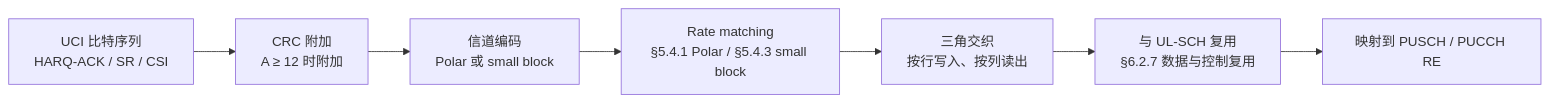
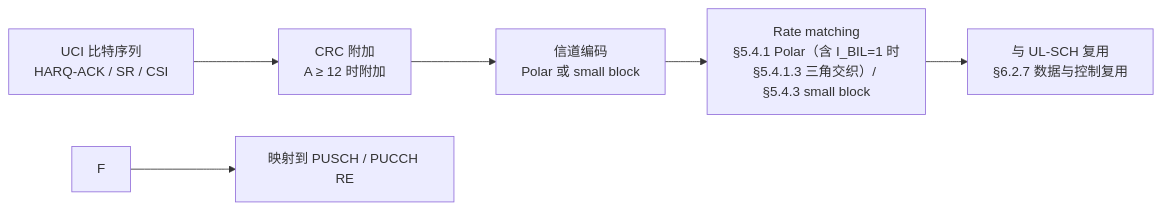
Before and after one commit to AuroraYaus/obsidian: the diagram in 3gpp/docs/L2_协议算法/T10.9_NR_UCI_interleaving_triangular.md, drawn with Mermaid. The commit also changed other lines of this file and 18 other files, not shown here.

````diff
--- a/3gpp/docs/L2_协议算法/T10.9_NR_UCI_interleaving_triangular.md
+++ b/3gpp/docs/L2_协议算法/T10.9_NR_UCI_interleaving_triangular.md
@@ -55,10 +55,9 @@
 ```mermaid
 %%{init: {'theme': 'default'}}%%
 flowchart LR
     A["UCI 比特序列<br/>HARQ-ACK / SR / CSI"] --> B["CRC 附加<br/>A ≥ 12 时附加"]
     B --> C["信道编码<br/>Polar 或 small block"]
-    C --> D["Rate matching<br/>§5.4.1 Polar / §5.4.3 small block"]
-    D --> E["三角交织<br/>按行写入、按列读出"]
-    E --> F["与 UL-SCH 复用<br/>§6.2.7 数据与控制复用"]
+    C --> D["Rate matching<br/>§5.4.1 Polar（含 I_BIL=1 时<br/>§5.4.1.3 三角交织）/ §5.4.3 small block"]
+    D --> E["与 UL-SCH 复用<br/>§6.2.7 数据与控制复用"]
     F --> G["映射到 PUSCH / PUCCH RE"]
 ```
````
